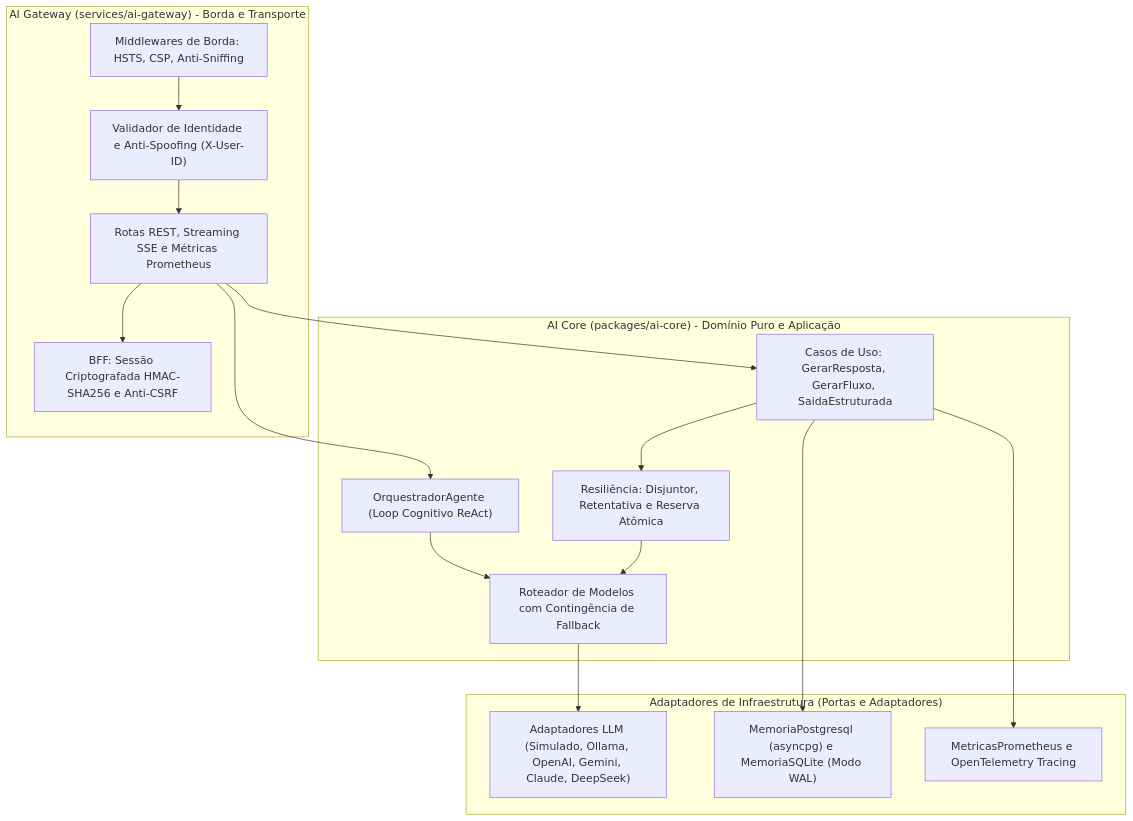
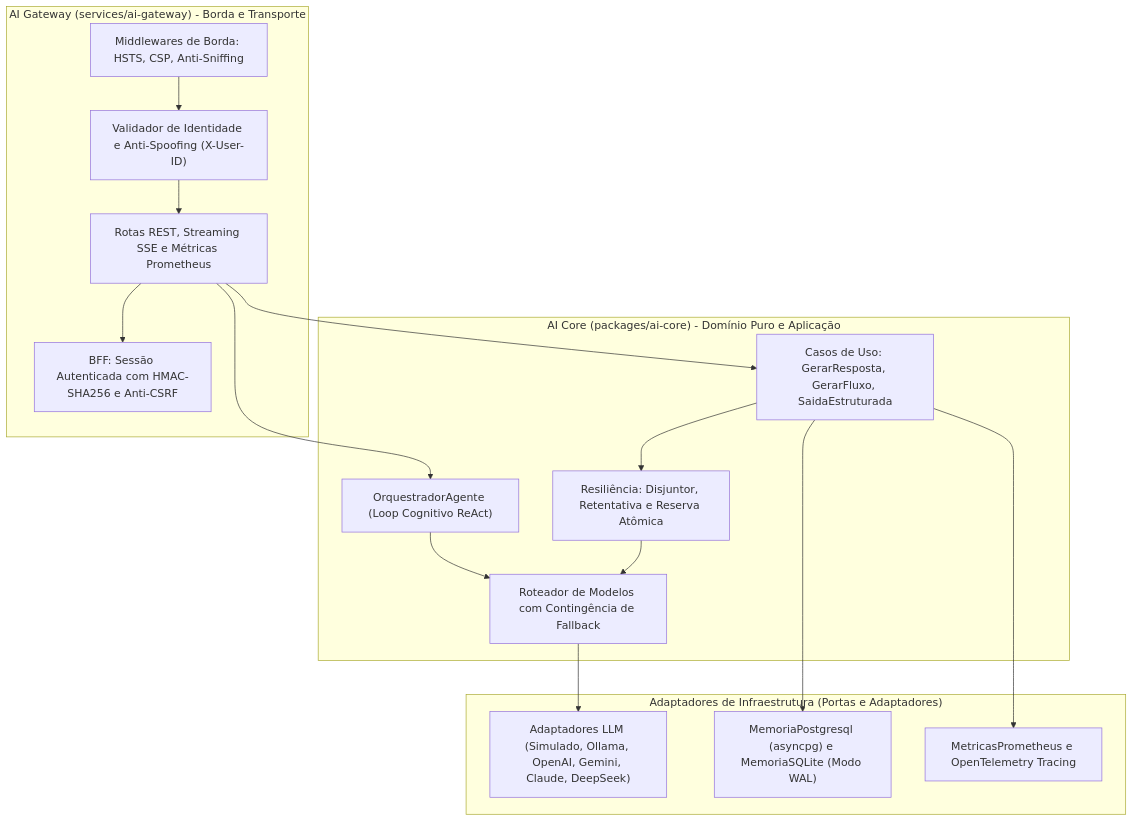
One commit to AirtonNettu/reusable-ai-backend-architecture changed the third of 8 diagrams in docs/caderno_tecnico.md. Above: the diagram before and after it, drawn with Mermaid. The commit also changed other lines of this file, not shown here.

````diff
--- a/docs/caderno_tecnico.md
+++ b/docs/caderno_tecnico.md
@@ -102,29 +102,29 @@
 ```mermaid
 flowchart TD
     subgraph GatewayCamada ["AI Gateway (services/ai-gateway) - Borda e Transporte"]
         Borda["Middlewares de Borda: HSTS, CSP, Anti-Sniffing"]
         AuthBorda["Validador de Identidade e Anti-Spoofing (X-User-ID)"]
         RotasAPI["Rotas REST, Streaming SSE e Métricas Prometheus"]
-        CamadaBFF["BFF: Sessão Criptografada HMAC-SHA256 e Anti-CSRF"]
+        CamadaBFF["BFF: Sessão Autenticada com HMAC-SHA256 e Anti-CSRF"]
     end
 
     subgraph CoreCamada ["AI Core (packages/ai-core) - Domínio Puro e Aplicação"]
         CasosUso["Casos de Uso: GerarResposta, GerarFluxo, SaidaEstruturada"]
         RuntimeAgentes["OrquestradorAgente (Loop Cognitivo ReAct)"]
         ResilienciaSuite["Resiliência: Disjuntor, Retentativa e Reserva Atômica"]
         Roteamento["Roteador de Modelos com Contingência de Fallback"]
     end
 
     subgraph InfraCamada ["Adaptadores de Infraestrutura (Portas e Adaptadores)"]
         ProvedoresLLM["Adaptadores LLM (Simulado, Ollama, OpenAI, Gemini, Claude, DeepSeek)"]
         Persistencia["MemoriaPostgresql (asyncpg) e MemoriaSQLite (Modo WAL)"]
         Telemetria["MetricasPrometheus e OpenTelemetry Tracing"]
     end
 
     Borda --> AuthBorda --> RotasAPI --> CamadaBFF
     RotasAPI --> CasosUso & RuntimeAgentes
     CasosUso --> ResilienciaSuite --> Roteamento --> ProvedoresLLM
     RuntimeAgentes --> Roteamento
     CasosUso --> Persistencia
     CasosUso --> Telemetria
 ```
````
